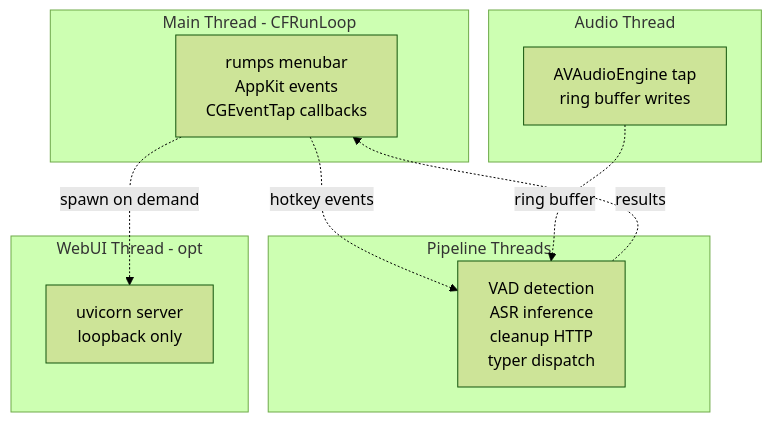
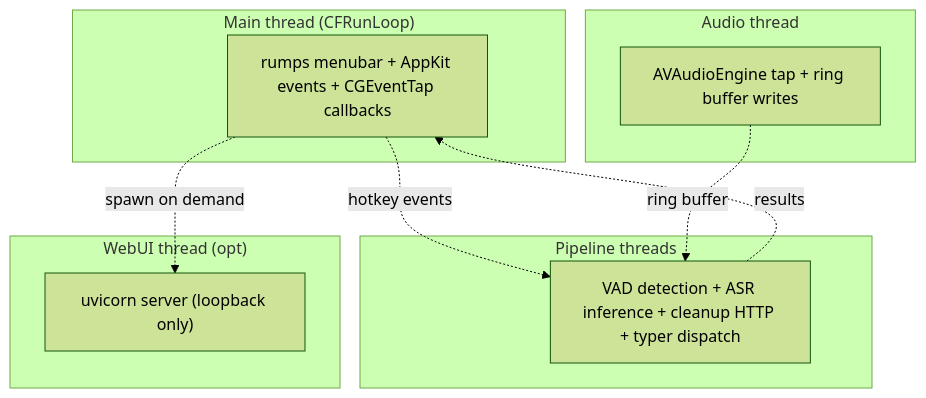
The second of 2 diagrams in docs/architecture.md (lewiswigmore/macOS-dictate), drawn with Mermaid (forest theme) before and after one commit. The commit also changed other lines of this file and 21 other files, not shown here.

````diff
--- a/docs/architecture.md
+++ b/docs/architecture.md
@@ -32,19 +32,19 @@
 ```mermaid
 flowchart TB
-    subgraph Main Thread - CFRunLoop
-        MT[rumps menubar<br/>AppKit events<br/>CGEventTap callbacks]
+    subgraph Main["Main thread (CFRunLoop)"]
+        MT["rumps menubar + AppKit events + CGEventTap callbacks"]
     end
-    subgraph Audio Thread
-        AT[AVAudioEngine tap<br/>ring buffer writes]
+    subgraph Audio["Audio thread"]
+        AT["AVAudioEngine tap + ring buffer writes"]
     end
-    subgraph Pipeline Threads
-        PT[VAD detection<br/>ASR inference<br/>cleanup HTTP<br/>typer dispatch]
+    subgraph Pipeline["Pipeline threads"]
+        PT["VAD detection + ASR inference + cleanup HTTP + typer dispatch"]
     end
-    subgraph WebUI Thread - opt
-        WT[uvicorn server<br/>loopback only]
+    subgraph WebUI["WebUI thread (opt)"]
+        WT["uvicorn server (loopback only)"]
     end
     MT -.hotkey events.-> PT
     AT -.ring buffer.-> PT
     PT -.results.-> MT
     MT -.spawn on demand.-> WT
 ```
````
